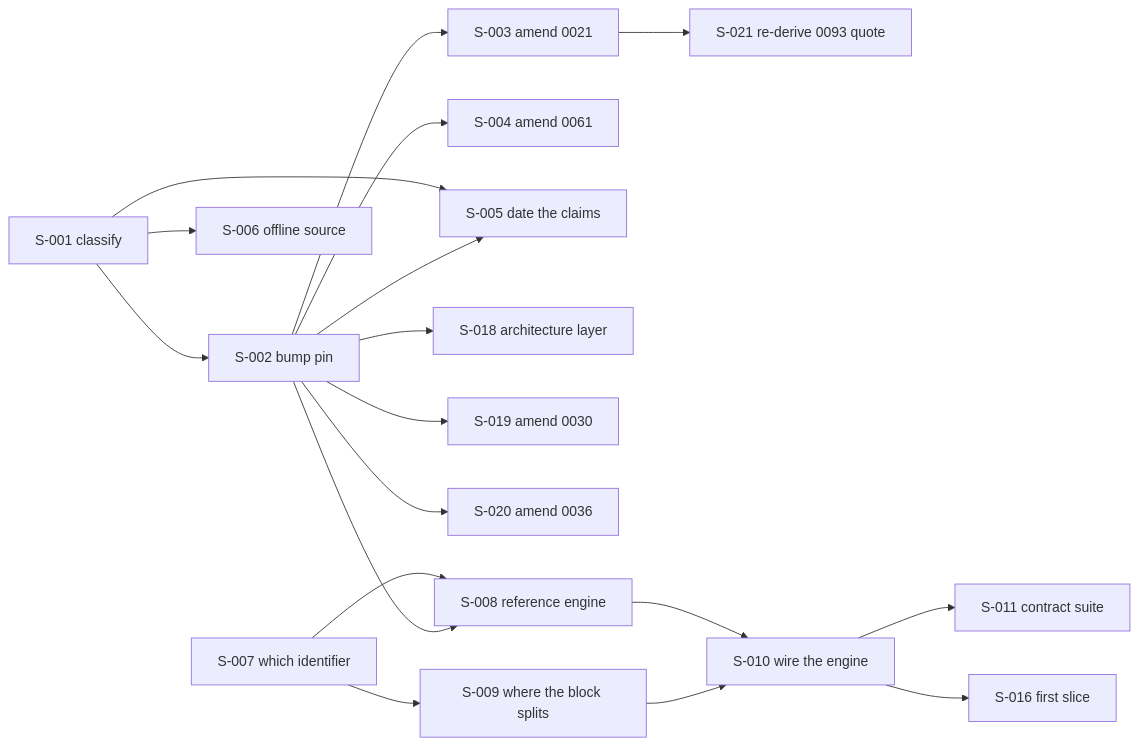
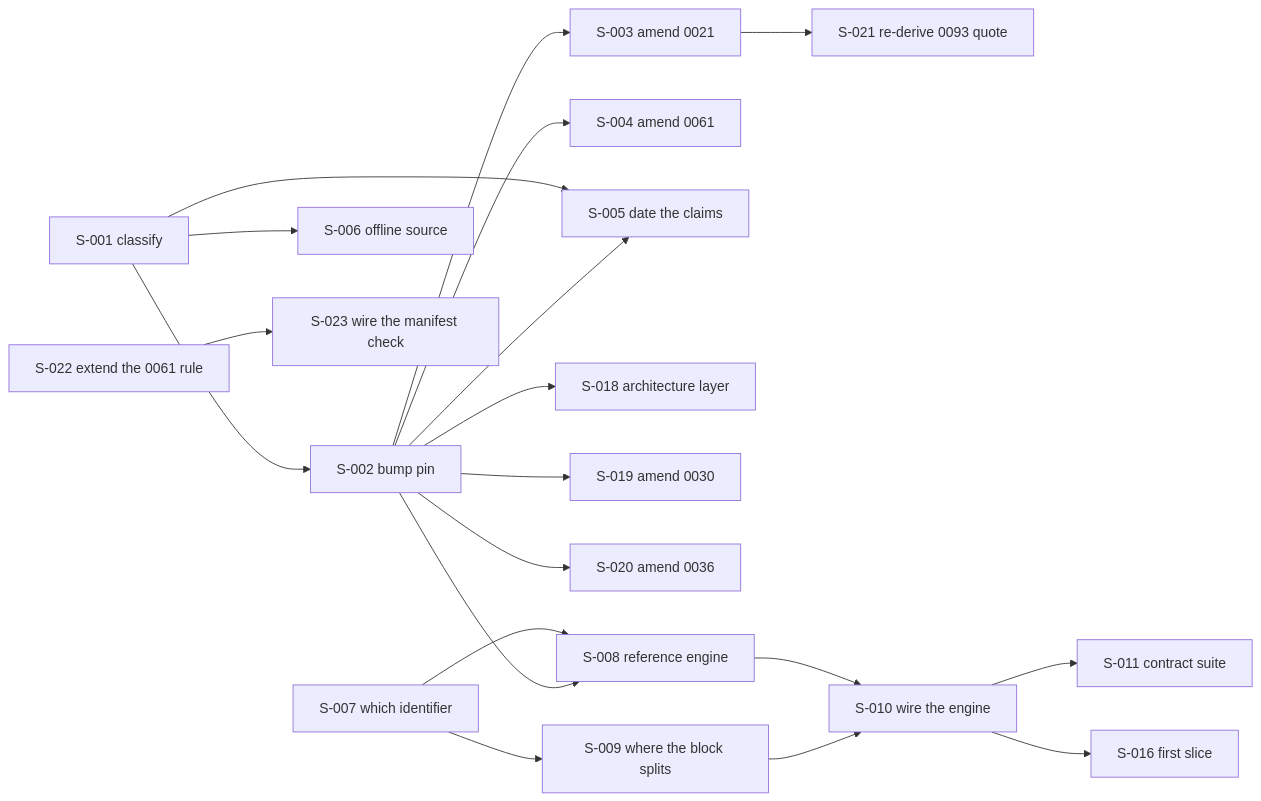
One commit to namphuongtran/nami changed the diagram in docs/SEEDS.md. Above: the diagram before and after it, drawn with Mermaid. The commit also changed other lines of this file and 1 other file, not shown here.

First line of the commit message:
docs: move ADR-0061's engine row to 7.6, and find its own maintenance rule does not cover the edit

````diff
--- a/docs/SEEDS.md
+++ b/docs/SEEDS.md
@@ -20,20 +20,21 @@
 ```mermaid
 graph LR
   S001[S-001 classify] --> S002[S-002 bump pin]
   S001 --> S006[S-006 offline source]
   S002 --> S003[S-003 amend 0021]
   S002 --> S004[S-004 amend 0061]
   S001 --> S005[S-005 date the claims]
   S002 --> S005
   S002 --> S018[S-018 architecture layer]
   S002 --> S019[S-019 amend 0030]
   S002 --> S020[S-020 amend 0036]
   S003 --> S021[S-021 re-derive 0093 quote]
+  S022[S-022 extend the 0061 rule] --> S023[S-023 wire the manifest check]
   S007[S-007 which identifier] --> S008[S-008 reference engine]
   S002 --> S008
   S007 --> S009[S-009 where the block splits]
   S008 --> S010[S-010 wire the engine]
   S009 --> S010
   S010 --> S011[S-011 contract suite]
   S010 --> S016[S-016 first slice]
 ```
````
